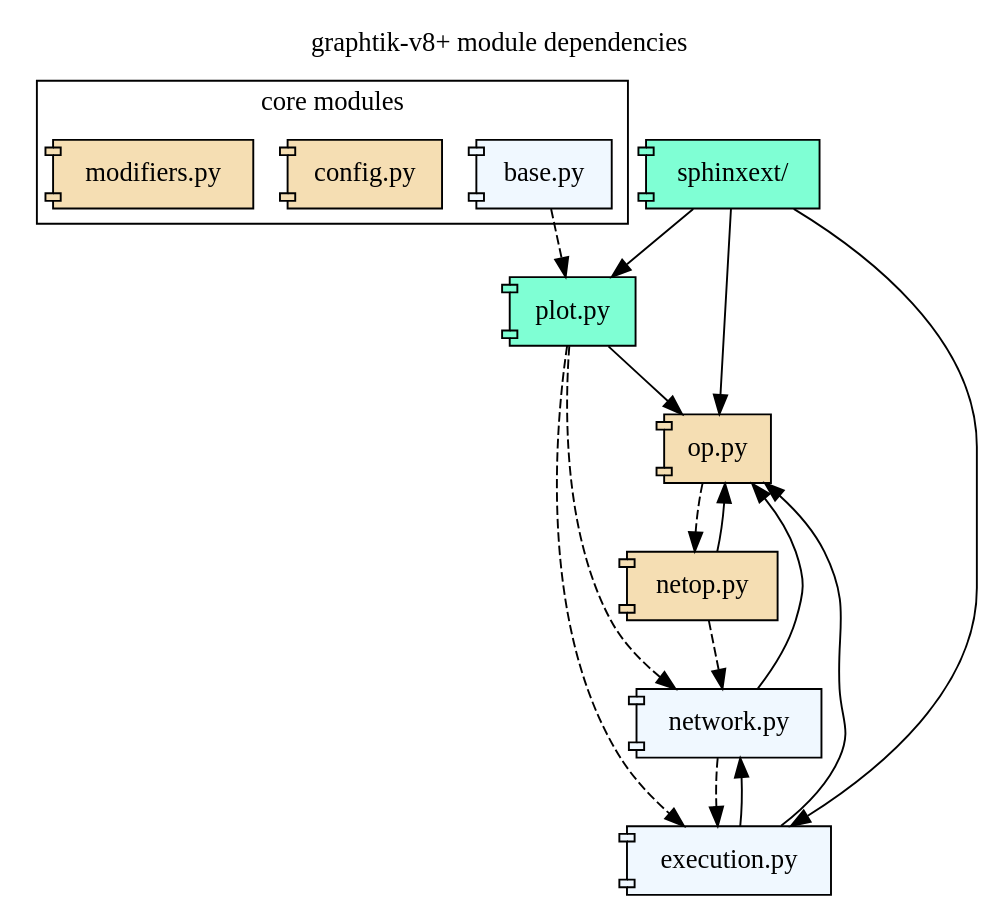
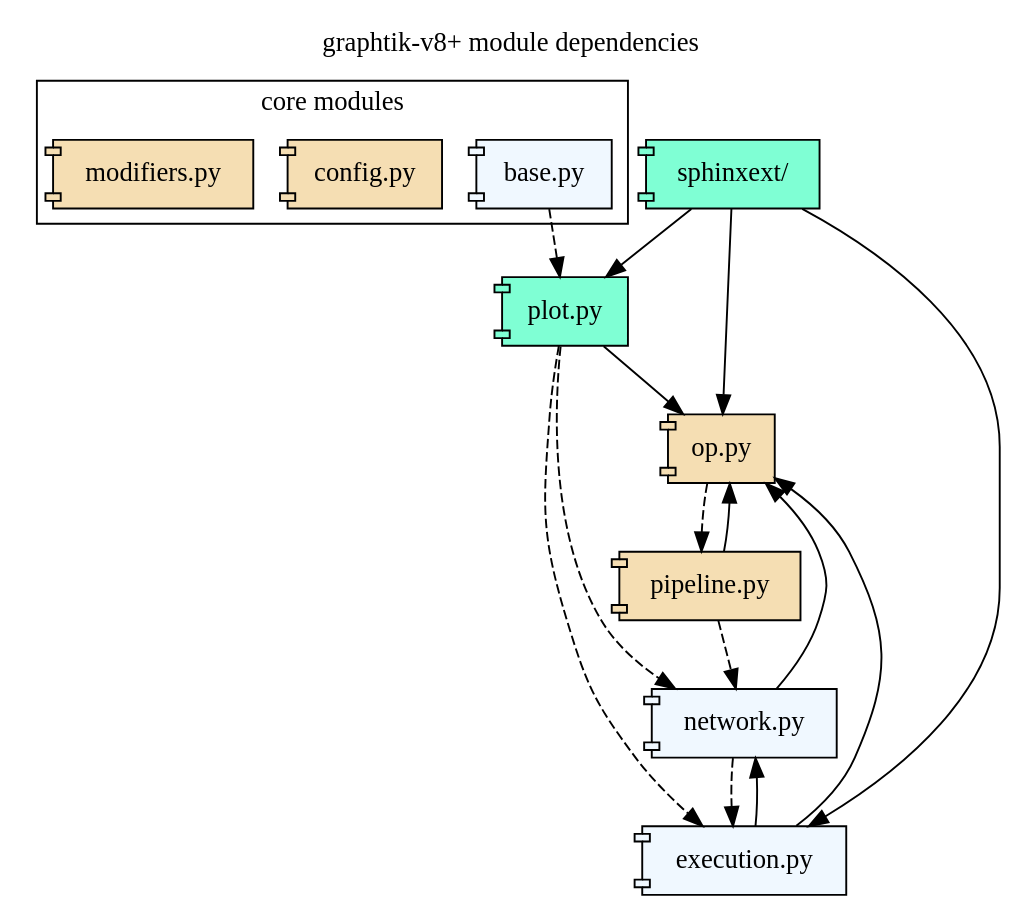
One commit to wgmo/graphtik changed the diagram in docs/GraphtikModuleDependencies.dot. Above: the diagram before and after it, drawn with Graphviz. The commit also changed 10 other files, not shown here.

Commit message:
REFACT: rename module NETOP-->PIPELINE

```diff
--- a/docs/GraphtikModuleDependencies.dot
+++ b/docs/GraphtikModuleDependencies.dot
@@ -1,58 +1,58 @@
 # Render it manually with this command, and remember to update result in git:
 #
 #   dot docs/GraphtikFlowchart.dot -Tsvg -odocs/source/images/GraphtikFlowchart-vX.Y.Z.svg
 #
 digraph {
     label="graphtik-v8+ module dependencies";
     labelloc=t;
     node [style=filled];
 
     subgraph cluster_core {
          label="core modules";
         "base.py"   [shape=component
                     tooltip="(implicit) everything imports this module"
                     fillcolor=AliceBlue
                     URL="reference.html#module-graphtik.base"];
         "config.py"      [shape=component tooltip="(public)"
                     fillcolor=wheat
                     URL="reference.html#module-graphtik.config"];
         "modifiers.py"   [shape=component
                  tooltip="(public) almost everything imports this module"
                  fillcolor=wheat
                  URL="reference.html#module-graphtik.modifiers"];
     }
     "op.py"          [shape=component
                 tooltip="(public)"
                 fillcolor=wheat
                  URL="reference.html#module-graphtik.op"];
     "network.py"     [shape=component
                 tooltip="(private)"
                  fillcolor=AliceBlue
                  URL="reference.html#module-graphtik.network"];
     "execution.py"   [shape=component
                 tooltip="(private)"
                  fillcolor=AliceBlue
                  URL="reference.html#module-graphtik.execution"];
-    "netop.py"       [shape=component
+    "pipeline.py"       [shape=component
                 tooltip="(public)"
                  fillcolor=wheat
-                 URL="reference.html#module-graphtik.netop"];
+                 URL="reference.html#module-graphtik.pipeline"];
     "plot.py"        [shape=component
                 tooltip="(extra)"
                  fillcolor=Aquamarine
                  URL="reference.html#module-graphtik.plot"];
     "sphinxext/"   [shape=component
                 tooltip="(extra)"
                  fillcolor=Aquamarine
                  URL="reference.html#module-graphtik.sphinxext"];
 
-    {"netop.py", "network.py", "execution.py", "plot.py", "sphinxext/"} -> "op.py" [
+    {"pipeline.py", "network.py", "execution.py", "plot.py", "sphinxext/"} -> "op.py" [
                 tooltip="(import-time)"];
     "base.py" -> "plot.py" [tooltip="(run-time)" style=dashed];
     "execution.py" -> "network.py"    [tooltip="(import-time)"];
     "network.py" -> "execution.py"    [tooltip="(run-time)" style=dashed];
-    "netop.py" -> "network.py"        [tooltip="(run-time)" style=dashed];
-    "op.py" -> "netop.py"        [tooltip="(run-time)" style=dashed];
+    "pipeline.py" -> "network.py"        [tooltip="(run-time)" style=dashed];
+    "op.py" -> "pipeline.py"        [tooltip="(run-time)" style=dashed];
     "plot.py" -> {"network.py", "execution.py"}    [tooltip="(run-time)" style=dashed];
     "sphinxext/" -> {"plot.py", "execution.py"}    [tooltip="(import-time)"];
 }
```
